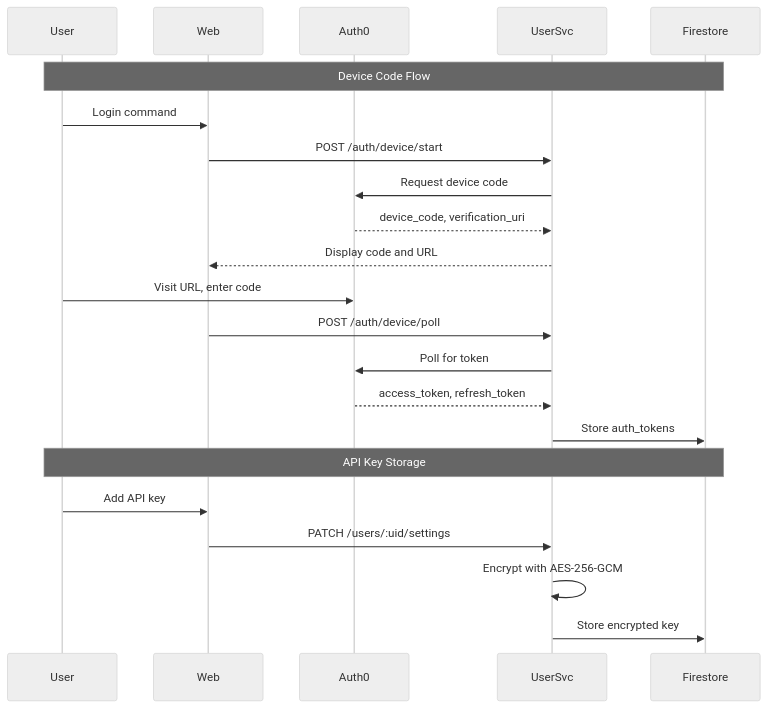
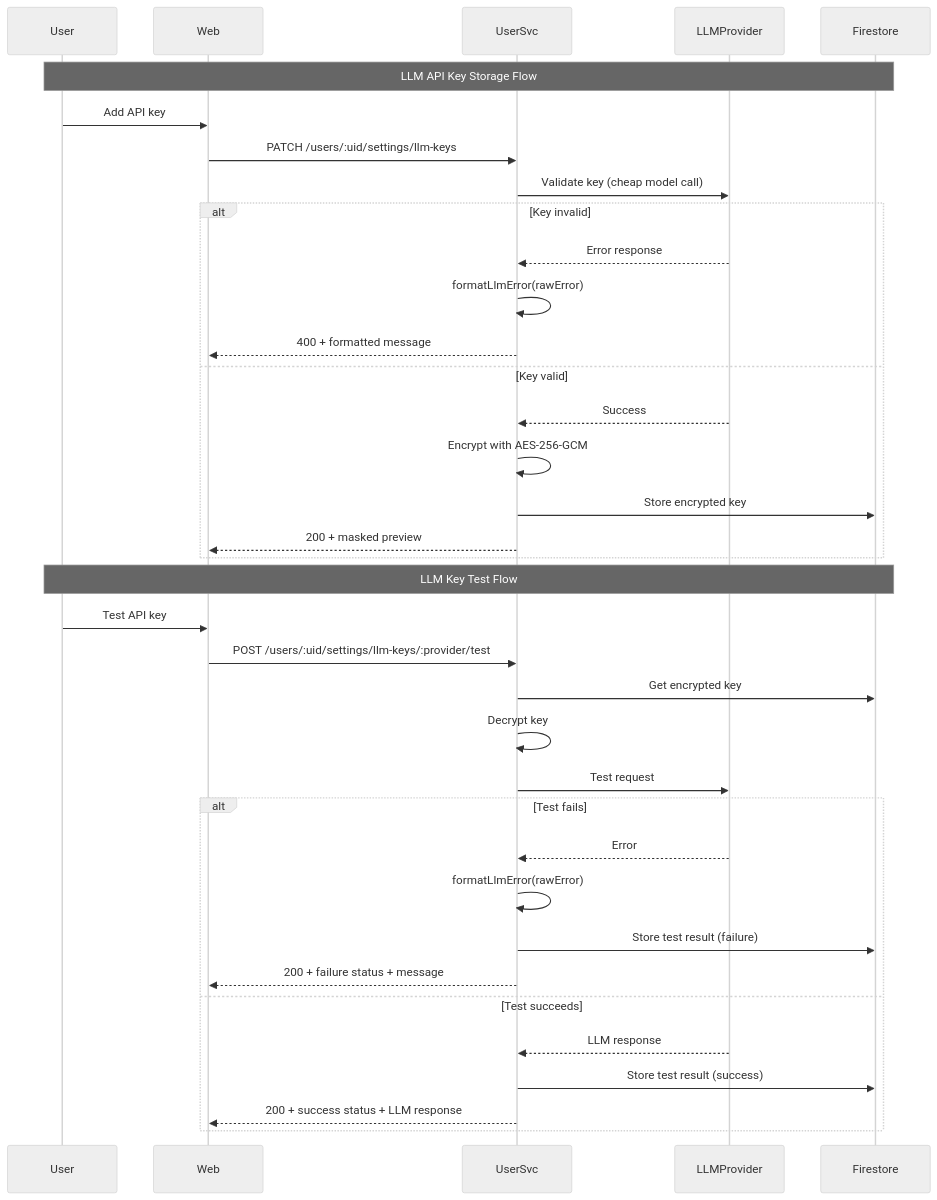
The second of 2 diagrams in docs/services/user-service/technical.md (pbuchman/praxos), drawn with Mermaid (neutral theme) before and after one commit. The commit also changed other lines of this file and 55 other files, not shown here.

````diff
--- a/docs/services/user-service/technical.md
+++ b/docs/services/user-service/technical.md
@@ -36,26 +45,40 @@
 ```mermaid
 sequenceDiagram
     participant User
     participant Web
-    participant Auth0
     participant UserSvc
+    participant LLMProvider
     participant Firestore
 
-    Note over User,Firestore: Device Code Flow
-    User->>Web: Login command
-    Web->>UserSvc: POST /auth/device/start
-    UserSvc->>Auth0: Request device code
-    Auth0-->>UserSvc: device_code, verification_uri
-    UserSvc-->>Web: Display code and URL
-    User->>Auth0: Visit URL, enter code
-    Web->>UserSvc: POST /auth/device/poll
-    UserSvc->>Auth0: Poll for token
-    Auth0-->>UserSvc: access_token, refresh_token
-    UserSvc->>Firestore: Store auth_tokens
+    Note over User,Firestore: LLM API Key Storage Flow
+    User->>Web: Add API key
+    Web->>UserSvc: PATCH /users/:uid/settings/llm-keys
+    UserSvc->>LLMProvider: Validate key (cheap model call)
+    alt Key invalid
+        LLMProvider-->>UserSvc: Error response
+        UserSvc->>UserSvc: formatLlmError(rawError)
+        UserSvc-->>Web: 400 + formatted message
+    else Key valid
+        LLMProvider-->>UserSvc: Success
+        UserSvc->>UserSvc: Encrypt with AES-256-GCM
+        UserSvc->>Firestore: Store encrypted key
+        UserSvc-->>Web: 200 + masked preview
+    end
 
-    Note over User,Firestore: API Key Storage
-    User->>Web: Add API key
-    Web->>UserSvc: PATCH /users/:uid/settings
-    UserSvc->>UserSvc: Encrypt with AES-256-GCM
-    UserSvc->>Firestore: Store encrypted key
+    Note over User,Firestore: LLM Key Test Flow
+    User->>Web: Test API key
+    Web->>UserSvc: POST /users/:uid/settings/llm-keys/:provider/test
+    UserSvc->>Firestore: Get encrypted key
+    UserSvc->>UserSvc: Decrypt key
+    UserSvc->>LLMProvider: Test request
+    alt Test fails
+        LLMProvider-->>UserSvc: Error
+        UserSvc->>UserSvc: formatLlmError(rawError)
+        UserSvc->>Firestore: Store test result (failure)
+        UserSvc-->>Web: 200 + failure status + message
+    else Test succeeds
+        LLMProvider-->>UserSvc: LLM response
+        UserSvc->>Firestore: Store test result (success)
+        UserSvc-->>Web: 200 + success status + LLM response
+    end
 ```
````
